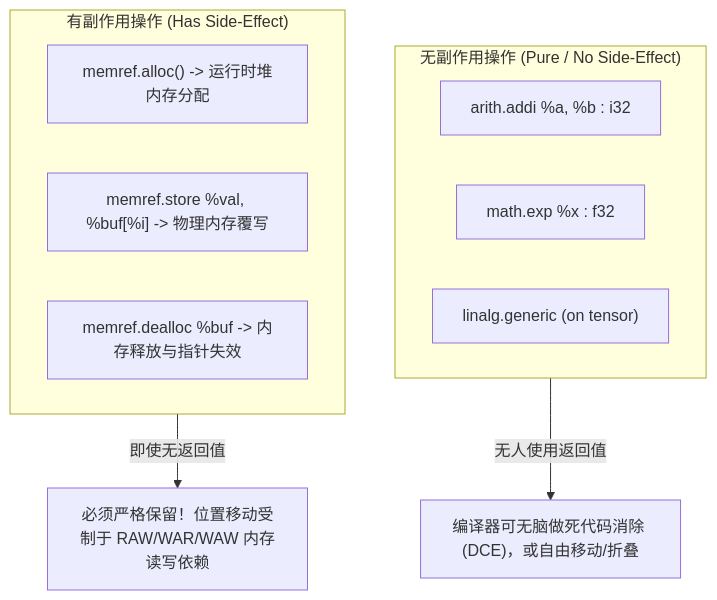
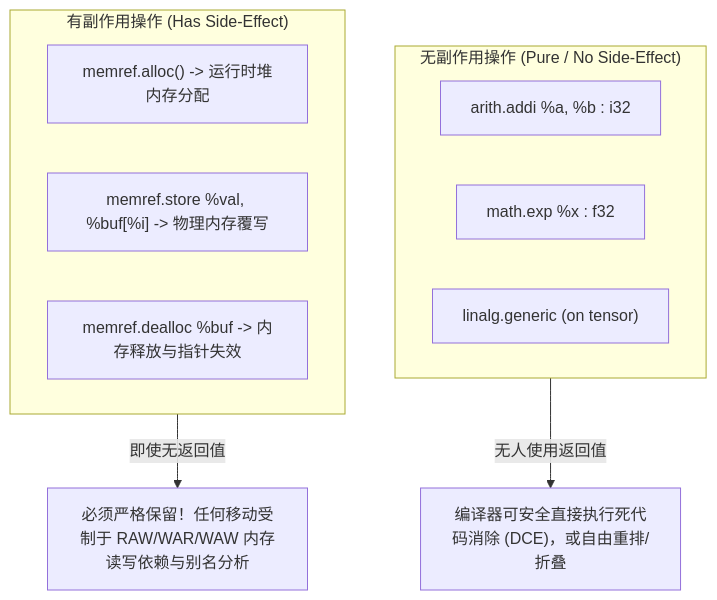
One commit to hqu-little-boy/blog changed the sixth of 18 diagrams in src/content/posts/mlir-dialect-system-and-conversion-infrastructure-guide.md. Above: the diagram before and after it, drawn with Mermaid. The commit also changed other lines of this file, not shown here.

````diff
--- a/src/content/posts/mlir-dialect-system-and-conversion-infrastructure-guide.md
+++ b/src/content/posts/mlir-dialect-system-and-conversion-infrastructure-guide.md
@@ -217,17 +337,17 @@
 ```mermaid
 flowchart TD
     subgraph PureOps["无副作用操作 (Pure / No Side-Effect)"]
         P1["arith.addi %a, %b : i32"]
         P2["math.exp %x : f32"]
         P3["linalg.generic (on tensor)"]
     end
 
     subgraph SideEffectOps["有副作用操作 (Has Side-Effect)"]
         S1["memref.alloc() -> 运行时堆内存分配"]
         S2["memref.store %val, %buf[%i] -> 物理内存覆写"]
         S3["memref.dealloc %buf -> 内存释放与指针失效"]
     end
 
-    PureOps -->|无人使用返回值| OptPure["编译器可无脑做死代码消除 (DCE)，或自由移动/折叠"]
-    SideEffectOps -->|即使无返回值| OptSide["必须严格保留！位置移动受制于 RAW/WAR/WAW 内存读写依赖"]
+    PureOps -->|无人使用返回值| OptPure["编译器可安全直接执行死代码消除 (DCE)，或自由重排/折叠"]
+    SideEffectOps -->|即使无返回值| OptSide["必须严格保留！任何移动受制于 RAW/WAR/WAW 内存读写依赖与别名分析"]
 ```
````
